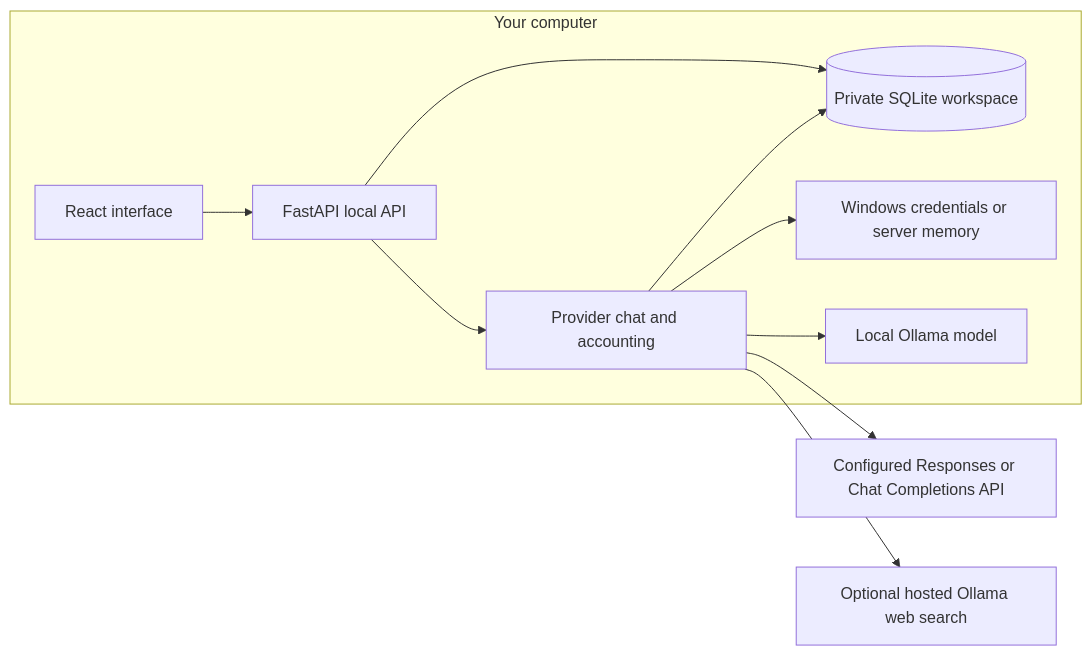
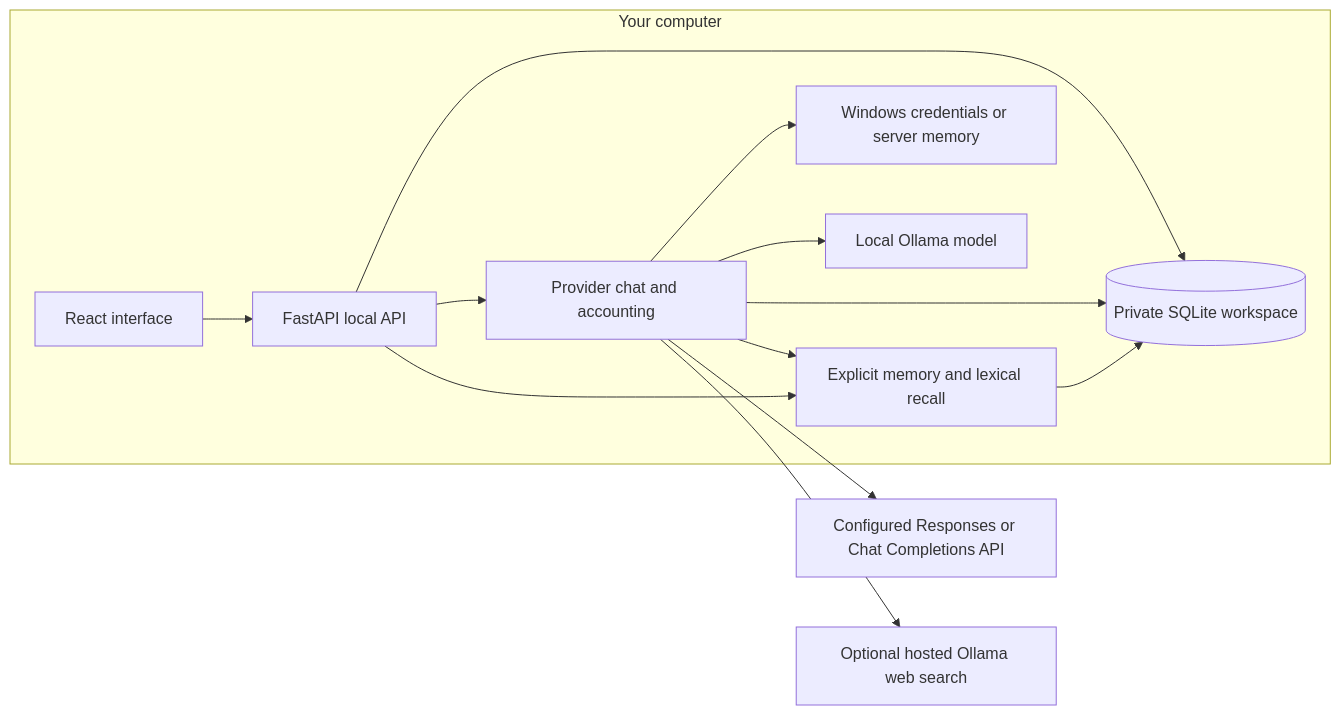
Before and after one commit to erikmalm/maestro: the diagram in docs/ARCHITECTURE.md, drawn with Mermaid. The commit also changed other lines of this file and 17 other files, not shown here.

````diff
--- a/docs/ARCHITECTURE.md
+++ b/docs/ARCHITECTURE.md
@@ -7,19 +7,23 @@
 ```mermaid
 flowchart LR
     subgraph Computer[Your computer]
         UI[React interface]
         API[FastAPI local API]
         Chat[Provider chat and accounting]
+        Memory[Explicit memory and lexical recall]
         DB[(Private SQLite workspace)]
         Keys[Windows credentials or server memory]
         Ollama[Local Ollama model]
         UI --> API
         API --> DB
         API --> Chat
         Chat --> DB
+        Chat --> Memory
+        API --> Memory
+        Memory --> DB
         Chat --> Keys
         Chat --> Ollama
     end
     Chat --> Remote[Configured Responses or Chat Completions API]
     Chat --> Search[Optional hosted Ollama web search]
 ```
````
